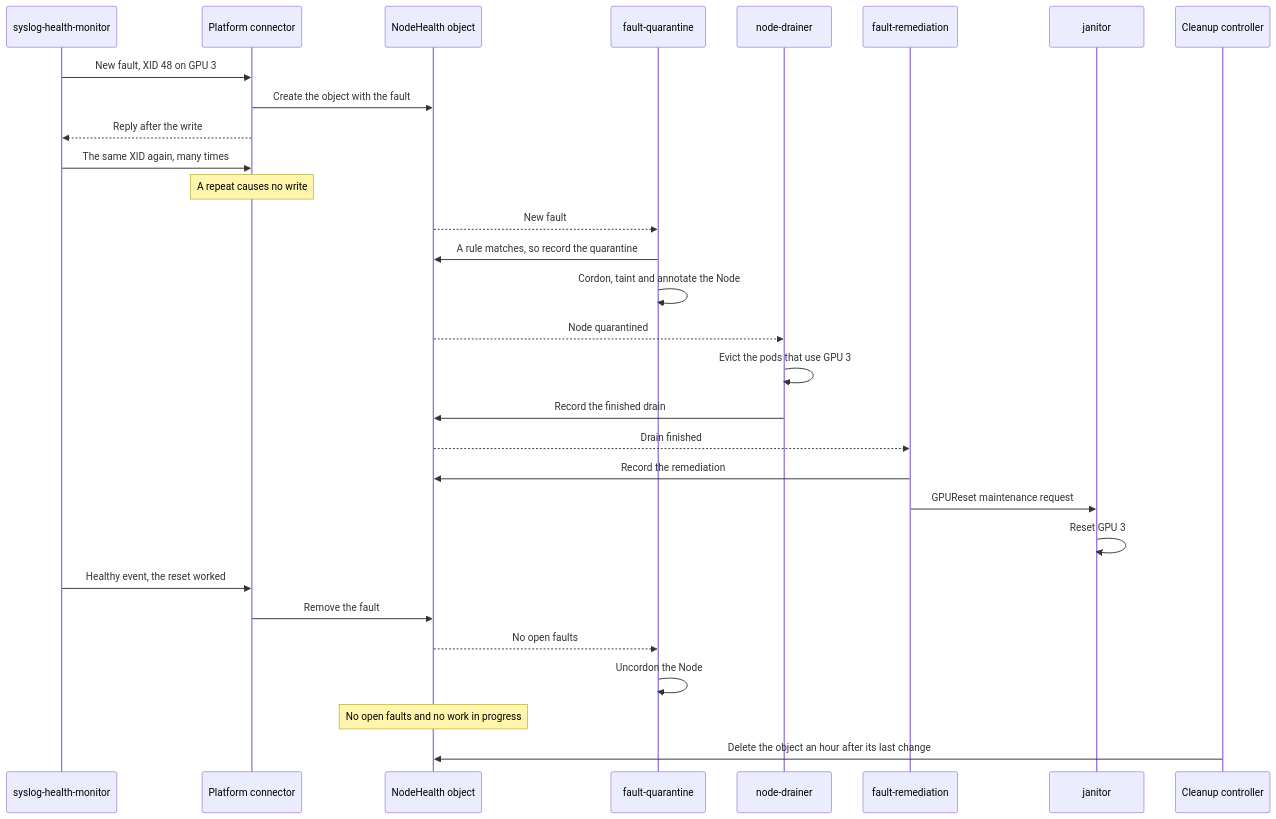
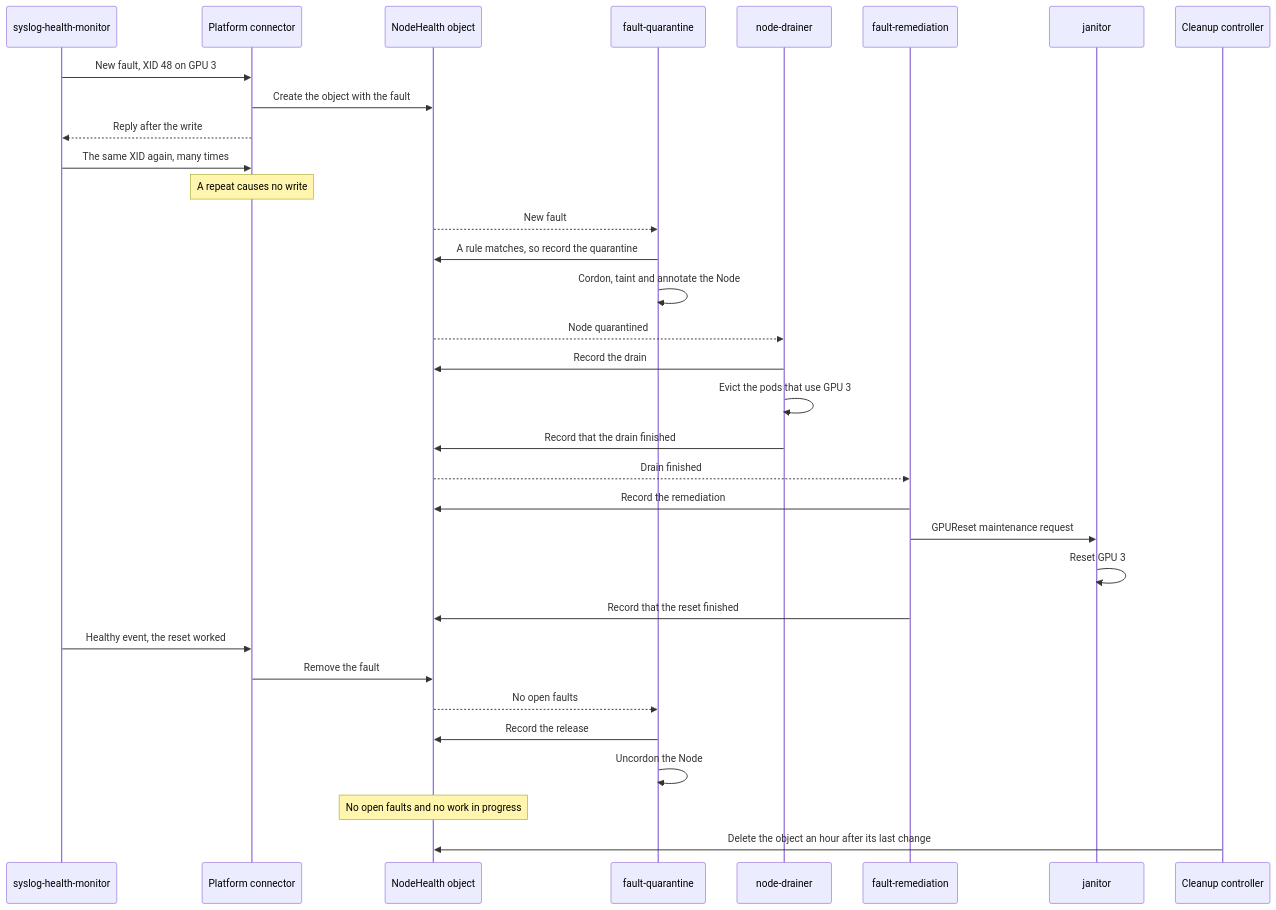
The second of 2 diagrams in docs/designs/066-nodehealth-remediation-without-a-database.md (KaivalyaMDabhadkar/NVSentinel), drawn with Mermaid before and after one commit. The commit also changed other lines of this file, not shown here.

Commit message:
docs(designs): fix remediation coverage, uncordon and drain rules in ADR-066

````diff
--- a/docs/designs/066-nodehealth-remediation-without-a-database.md
+++ b/docs/designs/066-nodehealth-remediation-without-a-database.md
@@ -218,32 +218,35 @@
 ```mermaid
 sequenceDiagram
   participant Mon as syslog-health-monitor
   participant PC as Platform connector
   participant NH as NodeHealth object
   participant FQ as fault-quarantine
   participant ND as node-drainer
   participant FR as fault-remediation
   participant Jan as janitor
   participant TTL as Cleanup controller
   Mon->>PC: New fault, XID 48 on GPU 3
   PC->>NH: Create the object with the fault
   PC-->>Mon: Reply after the write
   Mon->>PC: The same XID again, many times
   Note over PC: A repeat causes no write
   NH-->>FQ: New fault
   FQ->>NH: A rule matches, so record the quarantine
   FQ->>FQ: Cordon, taint and annotate the Node
   NH-->>ND: Node quarantined
+  ND->>NH: Record the drain
   ND->>ND: Evict the pods that use GPU 3
-  ND->>NH: Record the finished drain
+  ND->>NH: Record that the drain finished
   NH-->>FR: Drain finished
   FR->>NH: Record the remediation
   FR->>Jan: GPUReset maintenance request
   Jan->>Jan: Reset GPU 3
+  FR->>NH: Record that the reset finished
   Mon->>PC: Healthy event, the reset worked
   PC->>NH: Remove the fault
   NH-->>FQ: No open faults
+  FQ->>NH: Record the release
   FQ->>FQ: Uncordon the Node
   Note over NH: No open faults and no work in progress
   TTL->>NH: Delete the object an hour after its last change
 ```
````
